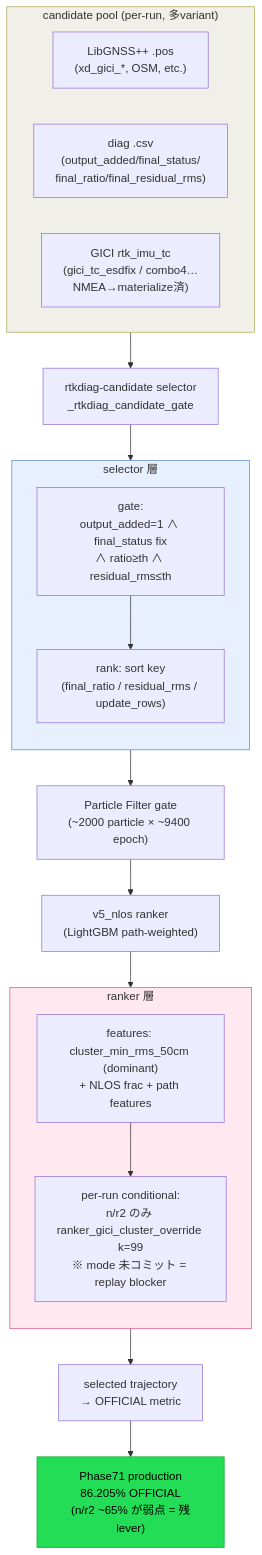
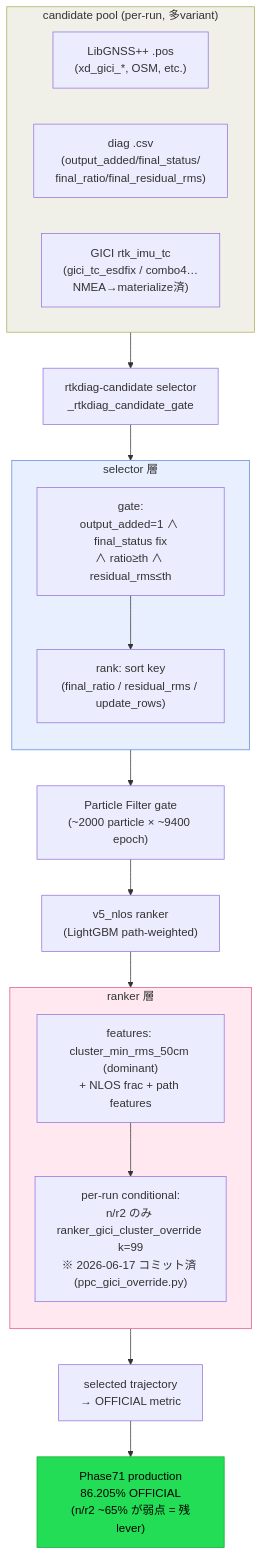
The second of 2 diagrams in internal_docs/algorithm_architecture.md (rsasaki0109/gnss_gpu), drawn with Mermaid before and after one commit. The commit also changed other lines of this file and 4 other files, not shown here.

First line of the commit message:
feat(ppc): commit ranker_gici_cluster_override selector mode

````diff
--- a/internal_docs/algorithm_architecture.md
+++ b/internal_docs/algorithm_architecture.md
@@ -60,38 +61,38 @@
 ```mermaid
 flowchart TD
     subgraph POOL["candidate pool (per-run, 多variant)"]
         direction LR
         P1["LibGNSS++ .pos<br/>(xd_gici_*, OSM, etc.)"]
         P2["diag .csv<br/>(output_added/final_status/<br/>final_ratio/final_residual_rms)"]
         P3["GICI rtk_imu_tc<br/>(gici_tc_esdfix / combo4…<br/>NMEA→materialize済)"]
     end
 
     POOL --> S["rtkdiag-candidate selector<br/>_rtkdiag_candidate_gate"]
 
     subgraph SEL["selector 層"]
         direction TB
         S1["gate:<br/>output_added=1 ∧ final_status fix<br/>∧ ratio≥th ∧ residual_rms≤th"]
         S2["rank: sort key<br/>(final_ratio / residual_rms / update_rows)"]
         S1 --> S2
     end
     S --> SEL
 
     SEL --> PF["Particle Filter gate<br/>(~2000 particle × ~9400 epoch)"]
     PF --> R["v5_nlos ranker<br/>(LightGBM path-weighted)"]
 
     subgraph RANK["ranker 層"]
         direction TB
         R1["features: cluster_min_rms_50cm (dominant)<br/>+ NLOS frac + path features"]
-        R2["per-run conditional:<br/>n/r2 のみ ranker_gici_cluster_override k=99<br/>※ mode 未コミット = replay blocker"]
+        R2["per-run conditional:<br/>n/r2 のみ ranker_gici_cluster_override k=99<br/>※ 2026-06-17 コミット済 (ppc_gici_override.py)"]
         R1 --> R2
     end
     R --> RANK
 
     RANK --> OUT["selected trajectory<br/>→ OFFICIAL metric"]
     OUT --> M["Phase71 production<br/>86.205% OFFICIAL<br/>(n/r2 ~65% が弱点 = 残lever)"]
 
     style M fill:#2d5,stroke:#1a3,color:#000
     style SEL fill:#e8f0ff,stroke:#5588dd
     style RANK fill:#ffe8f0,stroke:#dd5588
     style POOL fill:#f0f0e8,stroke:#aaaa55
 ```
````
